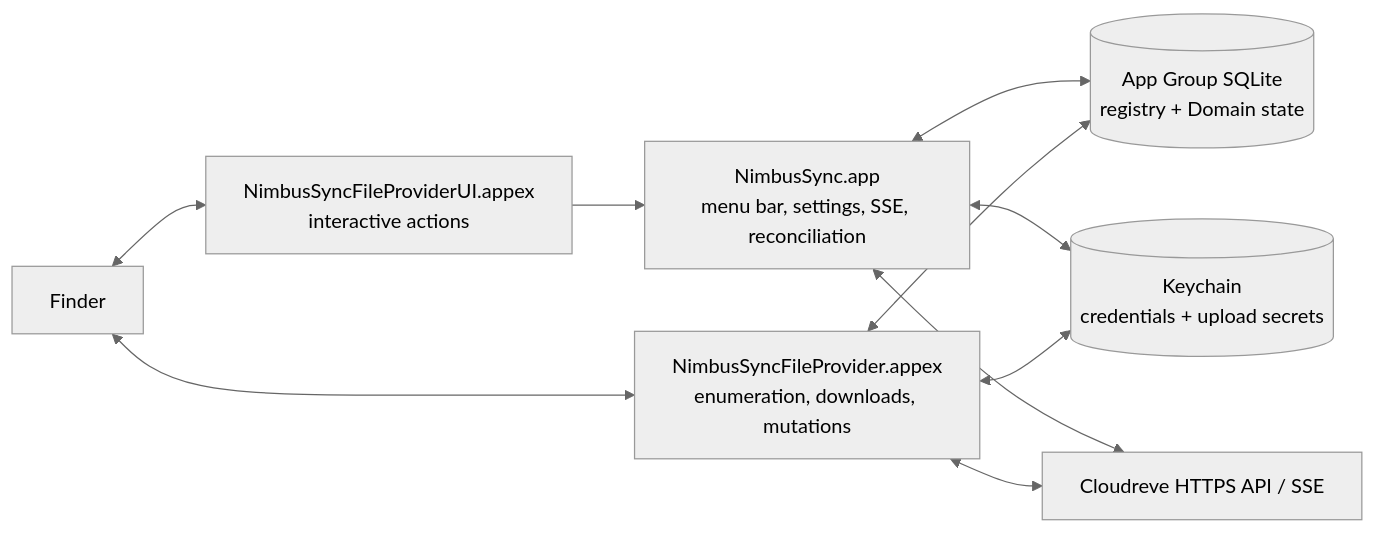
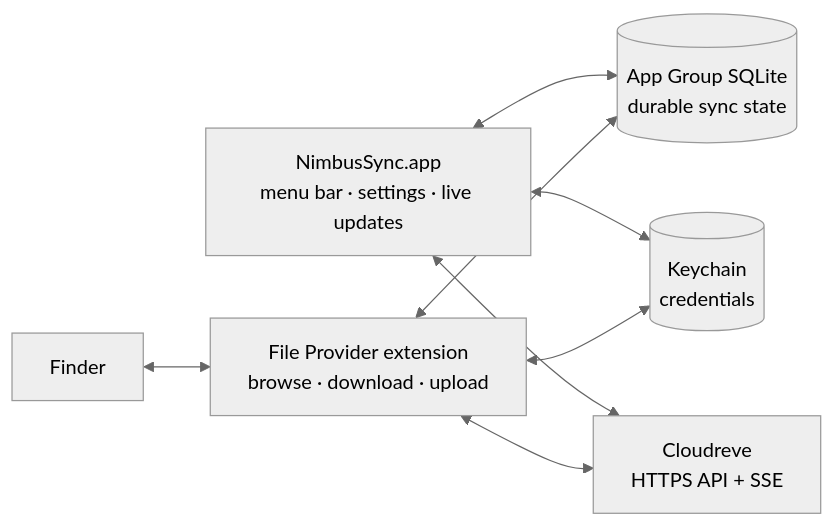
The diagram in README.md (jorben/NimbusSync), drawn with Mermaid (neutral theme) before and after one commit. The commit also changed other lines of this file and 2 other files, not shown here.

````diff
--- a/README.md
+++ b/README.md
@@ -168,20 +100,15 @@
 ```mermaid
 flowchart LR
     Finder[Finder]
-    App[NimbusSync.app<br/>menu bar, settings, SSE, reconciliation]
-    FP[NimbusSyncFileProvider.appex<br/>enumeration, downloads, mutations]
-    FPUI[NimbusSyncFileProviderUI.appex<br/>interactive actions]
-    Store[(App Group SQLite<br/>registry + Domain state)]
-    Keychain[(Keychain<br/>credentials + upload secrets)]
-    Cloudreve[Cloudreve HTTPS API / SSE]
+    App["NimbusSync.app<br/>menu bar · settings · live updates"]
+    FP["File Provider extension<br/>browse · download · upload"]
+    Store[("App Group SQLite<br/>durable sync state")]
+    Keychain[("Keychain<br/>credentials")]
+    Cloudreve["Cloudreve<br/>HTTPS API + SSE"]
 
     Finder <--> FP
-    Finder <--> FPUI
-    FPUI --> App
     App <--> Store
     FP <--> Store
-    App <--> Keychain
-    FP <--> Keychain
-    App <--> Cloudreve
-    FP <--> Cloudreve
+    App & FP <--> Keychain
+    App & FP <--> Cloudreve
 ```
````
